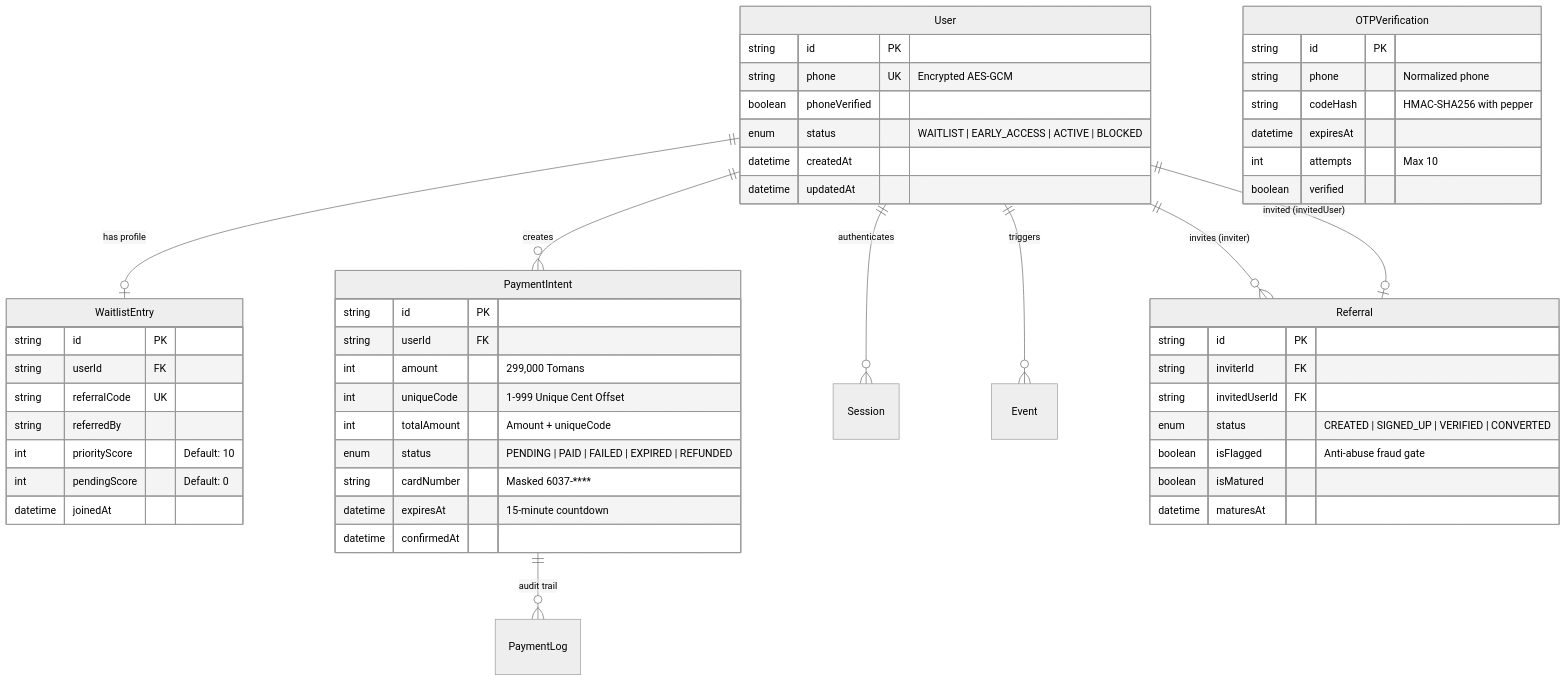
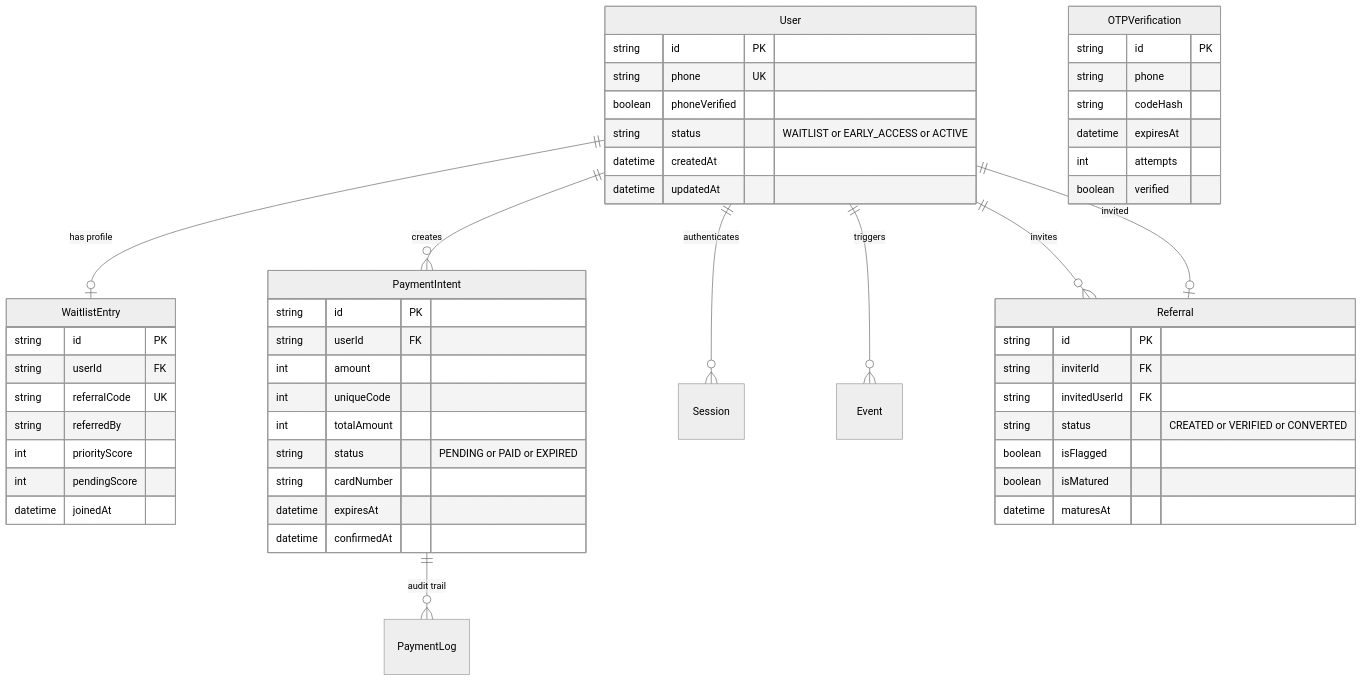
The diagram in docs/database.md (Mahdi-Soleimani/khodrekab), drawn with Mermaid (neutral theme) before and after one commit. The commit also changed 4 other files, not shown here.

Commit message:
fix(docs): resolve Mermaid syntax errors and quote special characters in diagrams

````diff
--- a/docs/database.md
+++ b/docs/database.md
@@ -11,60 +11,60 @@
 ```mermaid
 erDiagram
     User ||--o| WaitlistEntry : "has profile"
     User ||--o{ PaymentIntent : "creates"
     User ||--o{ Session : "authenticates"
     User ||--o{ Event : "triggers"
-    User ||--o{ Referral : "invites (inviter)"
-    User ||--o| Referral : "invited (invitedUser)"
+    User ||--o{ Referral : "invites"
+    User ||--o| Referral : "invited"
     PaymentIntent ||--o{ PaymentLog : "audit trail"
 
     User {
         string id PK
-        string phone UK "Encrypted AES-GCM"
+        string phone UK
         boolean phoneVerified
-        enum status "WAITLIST | EARLY_ACCESS | ACTIVE | BLOCKED"
+        string status "WAITLIST or EARLY_ACCESS or ACTIVE"
         datetime createdAt
         datetime updatedAt
     }
 
     WaitlistEntry {
         string id PK
         string userId FK
         string referralCode UK
         string referredBy
-        int priorityScore "Default: 10"
-        int pendingScore "Default: 0"
+        int priorityScore
+        int pendingScore
         datetime joinedAt
     }
 
     PaymentIntent {
         string id PK
         string userId FK
-        int amount "299,000 Tomans"
-        int uniqueCode "1-999 Unique Cent Offset"
-        int totalAmount "Amount + uniqueCode"
-        enum status "PENDING | PAID | FAILED | EXPIRED | REFUNDED"
-        string cardNumber "Masked 6037-****"
-        datetime expiresAt "15-minute countdown"
+        int amount
+        int uniqueCode
+        int totalAmount
+        string status "PENDING or PAID or EXPIRED"
+        string cardNumber
+        datetime expiresAt
         datetime confirmedAt
     }
 
     Referral {
         string id PK
         string inviterId FK
         string invitedUserId FK
-        enum status "CREATED | SIGNED_UP | VERIFIED | CONVERTED"
-        boolean isFlagged "Anti-abuse fraud gate"
+        string status "CREATED or VERIFIED or CONVERTED"
+        boolean isFlagged
         boolean isMatured
         datetime maturesAt
     }
 
     OTPVerification {
         string id PK
-        string phone "Normalized phone"
-        string codeHash "HMAC-SHA256 with pepper"
+        string phone
+        string codeHash
         datetime expiresAt
-        int attempts "Max 10"
+        int attempts
         boolean verified
     }
 ```
````
